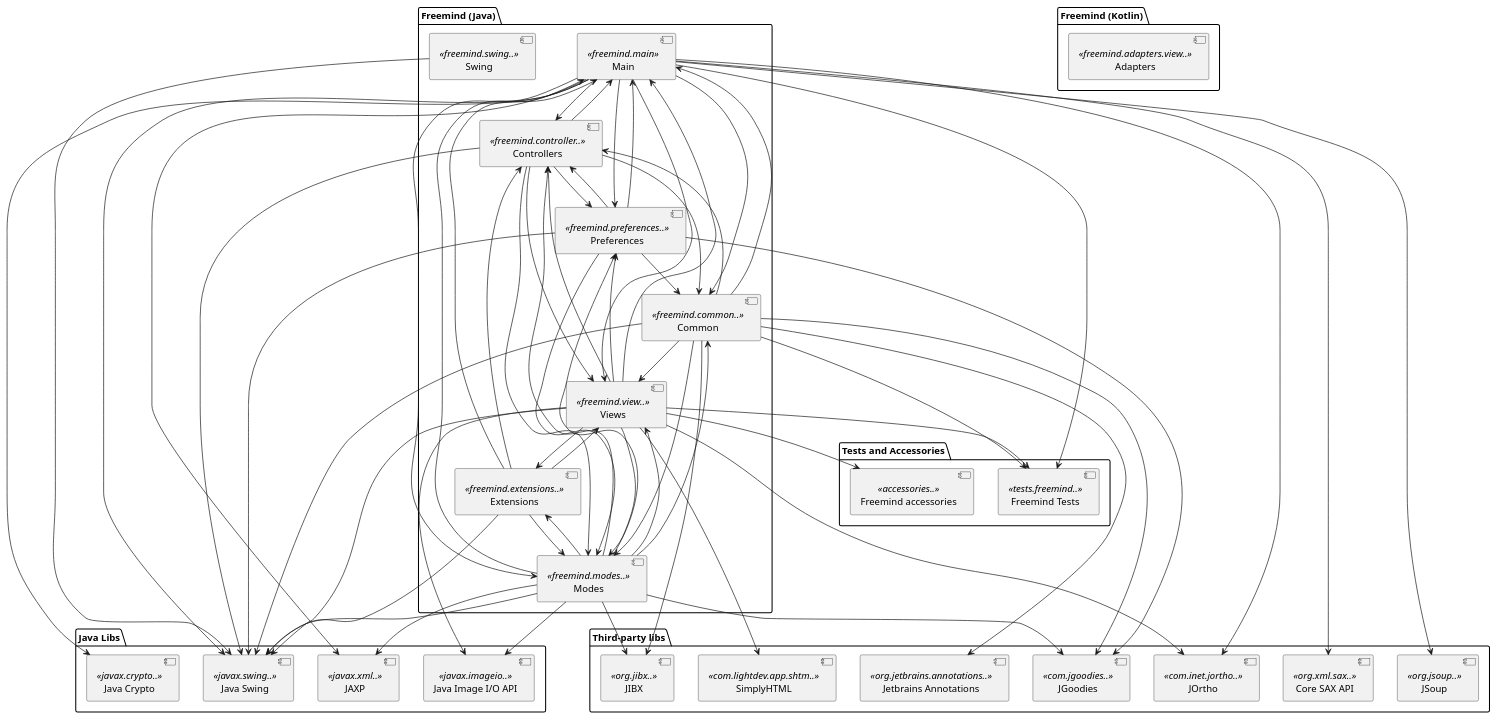
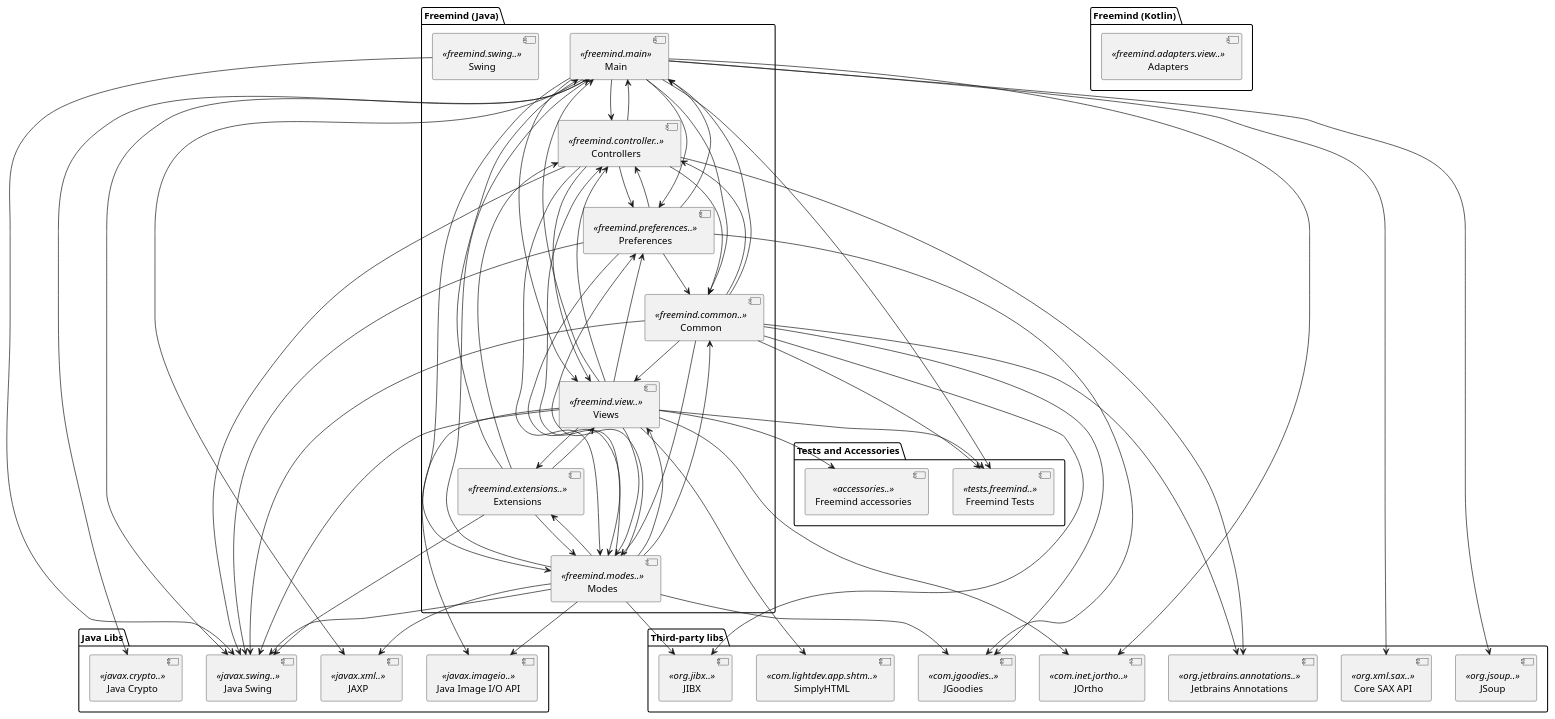
One commit to d4span/freemind-old changed the diagram in uml/Freemind.puml. Above: the diagram before and after it, drawn with PlantUML.

Commit message:
Added missing dependency to architecture diagram.

```diff
--- a/uml/Freemind.puml
+++ b/uml/Freemind.puml
@@ -1,109 +1,110 @@
 @startuml Freemind
 
 package "Freemind (Java)" {
     [Main] <<freemind.main>>
     [Controllers] <<freemind.controller..>>
     [Modes] <<freemind.modes..>>
     [Views] <<freemind.view..>>
     [Common] <<freemind.common..>>
     [Preferences] <<freemind.preferences..>>
     [Extensions] <<freemind.extensions..>>
     [Swing] <<freemind.swing..>>
 }
 
 package "Freemind (Kotlin)" {
     [Adapters] <<freemind.adapters.view..>>
 }
 
 package "Tests and Accessories" {
     [Freemind Tests] <<tests.freemind..>>
     [Freemind accessories] <<accessories..>>
 }
 
 package "Java Libs" {
     [Java Swing] <<javax.swing..>>
     [JAXP] <<javax.xml..>>
     [Java Crypto] <<javax.crypto..>>
     [Java Image I/O API] <<javax.imageio..>>
 }
 
 package "Third-party libs" {
     [JSoup] <<org.jsoup..>>
     [JOrtho] <<com.inet.jortho..>>
     [SimplyHTML] <<com.lightdev.app.shtm..>>
     [JIBX] <<org.jibx..>>
     [JGoodies] <<com.jgoodies..>>
     [Core SAX API] <<org.xml.sax..>>
     [Jetbrains Annotations] <<org.jetbrains.annotations..>>
 }
 
 [Swing] --> [Java Swing]
 
 [Common] --> [Main]
 [Common] --> [Modes]
 [Common] --> [Controllers]
 [Common] --> [Views]
 [Common] --> [Freemind Tests]
 [Common] --> [Java Swing]
 [Common] --> [JIBX]
 [Common] --> [JGoodies]
 [Common] --> [Jetbrains Annotations]
 
 [Controllers] --> [Views]
 [Controllers] --> [Common]
 [Controllers] --> [Main]
 [Controllers] --> [Modes]
 [Controllers] --> [Preferences]
 [Controllers] --> [Java Swing]
+[Controllers] --> [Jetbrains Annotations]
 
 [Extensions] --> [Main]
 [Extensions] --> [Views]
 [Extensions] --> [Controllers]
 [Extensions] --> [Modes]
 [Extensions] --> [Java Swing]
 
 [Views] --> [Controllers]
 [Views] --> [Extensions]
 [Views] --> [Freemind accessories]
 [Views] --> [Freemind Tests]
 [Views] --> [Java Swing]
 [Views] --> [Java Image I/O API]
 [Views] --> [Modes]
 [Views] --> [Main]
 [Views] --> [Preferences]
 [Views] --> [JOrtho]
 [Views] --> [SimplyHTML]
 
 [Preferences] --> [Common]
 [Preferences] --> [Main]
 [Preferences] --> [Modes]
 [Preferences] --> [JGoodies]
 [Preferences] --> [Controllers]
 [Preferences] --> [Java Swing]
 
 [Modes] --> [Preferences]
 [Modes] --> [Controllers]
 [Modes] --> [Views]
 [Modes] --> [Main]
 [Modes] --> [Extensions]
 [Modes] --> [Common]
 [Modes] --> [Java Swing]
 [Modes] --> [JAXP]
 [Modes] --> [JIBX]
 [Modes] --> [Java Image I/O API]
 [Modes] --> [JGoodies]
 
 [Main] --> [Preferences]
 [Main] --> [Common]
 [Main] --> [Views]
 [Main] --> [Controllers]
 [Main] --> [Modes]
 [Main] --> [Java Swing]
 [Main] --> [JSoup]
 [Main] --> [JAXP]
 [Main] --> [Java Crypto]
 [Main] --> [JOrtho]
 [Main] --> [Core SAX API]
 [Main] --> [Freemind Tests]
 
 @enduml
```
